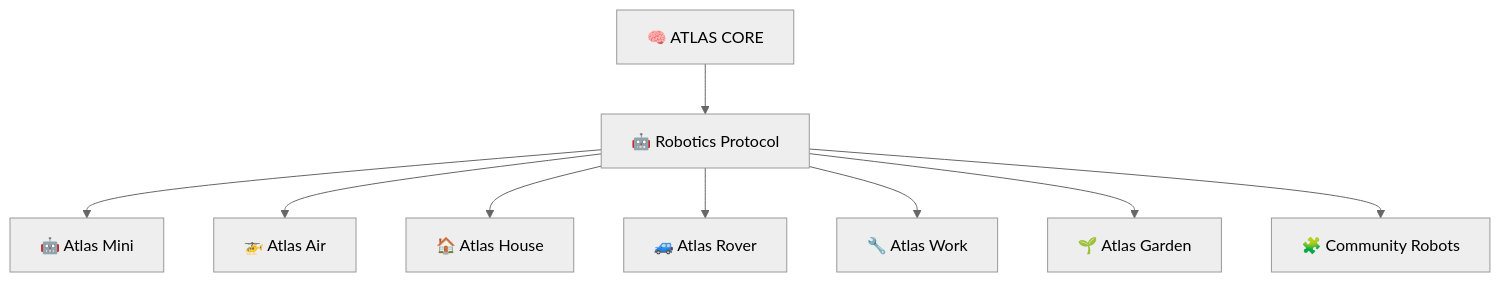
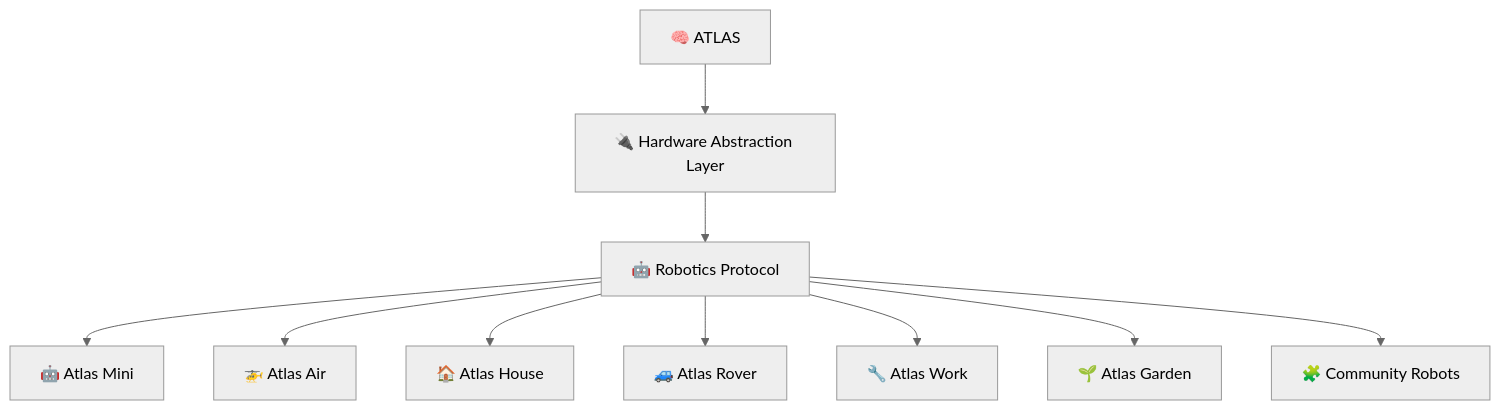
Before and after one commit to lucasrsantosdev/atlas: the sixth of 6 diagrams in README.md, drawn with Mermaid (neutral theme). The commit also changed other lines of this file, not shown here.

````diff
--- a/README.md
+++ b/README.md
@@ -366,17 +541,20 @@
 ```mermaid
 flowchart TB
 
-    CORE["🧠 ATLAS CORE"]
+    ATLAS["🧠 ATLAS"]
+
+    HAL["🔌 Hardware Abstraction Layer"]
 
     RP["🤖 Robotics Protocol"]
 
-    CORE --> RP
+    ATLAS --> HAL
+    HAL --> RP
 
     RP --> MINI["🤖 Atlas Mini"]
     RP --> AIR["🚁 Atlas Air"]
     RP --> HOUSE["🏠 Atlas House"]
     RP --> ROVER["🚙 Atlas Rover"]
     RP --> WORK["🔧 Atlas Work"]
     RP --> GARDEN["🌱 Atlas Garden"]
     RP --> COMMUNITY["🧩 Community Robots"]
 ```
````
